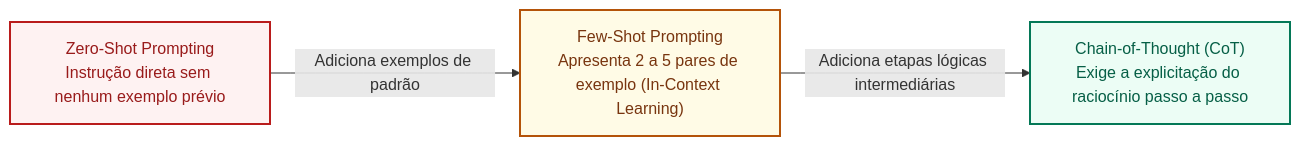
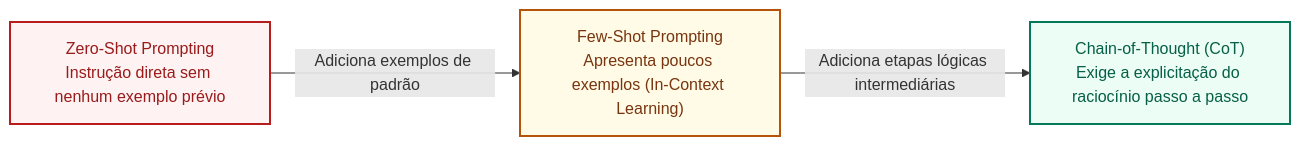
Before and after one commit to leorruas/concursos: the second of 3 diagrams in 3 - Materias/Informatica/22 - engenharia de prompts estrutura tecnicas e avaliacao.md, drawn with Mermaid. The commit also changed other lines of this file, not shown here.

````diff
--- a/3 - Materias/Informatica/22 - engenharia de prompts estrutura tecnicas e avaliacao.md
+++ b/3 - Materias/Informatica/22 - engenharia de prompts estrutura tecnicas e avaliacao.md
@@ -63,13 +63,13 @@
 ```mermaid
 flowchart LR
     classDef zero fill:#fef2f2,stroke:#b91c1c,stroke-width:2px,color:#991b1b;
     classDef few fill:#fffbe6,stroke:#b45309,stroke-width:2px,color:#78350f;
     classDef cot fill:#ecfdf5,stroke:#047857,stroke-width:2px,color:#065f46;
 
     Z["Zero-Shot Prompting<br>Instrução direta sem nenhum exemplo prévio"]:::zero
-    F["Few-Shot Prompting<br>Apresenta 2 a 5 pares de exemplo (In-Context Learning)"]:::few
+    F["Few-Shot Prompting<br>Apresenta poucos exemplos (In-Context Learning)"]:::few
     C["Chain-of-Thought (CoT)<br>Exige a explicitação do raciocínio passo a passo"]:::cot
 
     Z -->|"Adiciona exemplos de padrão"| F
     F -->|"Adiciona etapas lógicas intermediárias"| C
 ```
````
